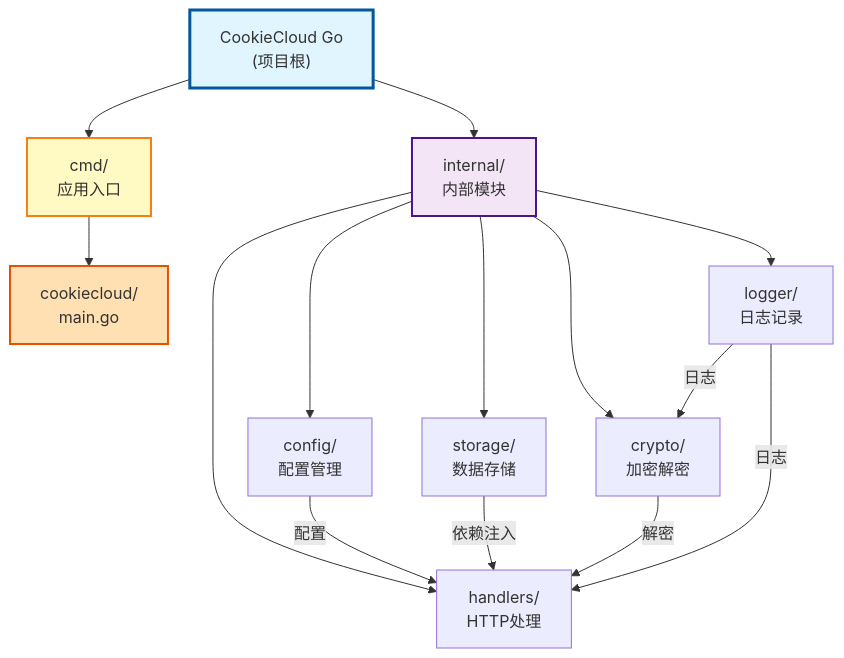
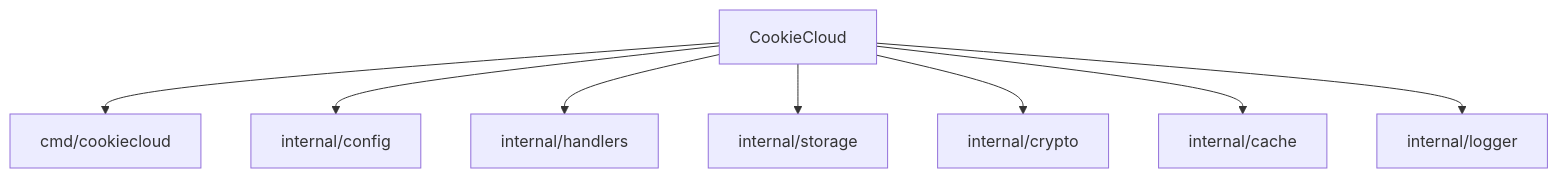
The diagram in CLAUDE.md (782042369/CookieCloud), drawn with Mermaid before and after one commit. The commit also changed other lines of this file and 7 other files, not shown here.

````diff
--- a/CLAUDE.md
+++ b/CLAUDE.md
@@ -48,31 +20,18 @@
 ```mermaid
 graph TD
-    Root["CookieCloud Go<br/>(项目根)"] --> Cmd["cmd/<br/>应用入口"];
-    Root --> Internal["internal/<br/>内部模块"];
+    A["CookieCloud"] --> B["cmd/cookiecloud"];
+    A --> C["internal/config"];
+    A --> D["internal/handlers"];
+    A --> E["internal/storage"];
+    A --> F["internal/crypto"];
+    A --> G["internal/cache"];
+    A --> H["internal/logger"];
 
-    Cmd --> Main["cookiecloud/<br/>main.go"];
-
-    Internal --> Config["config/<br/>配置管理"];
-    Internal --> Handlers["handlers/<br/>HTTP处理"];
-    Internal --> Storage["storage/<br/>数据存储"];
-    Internal --> Crypto["crypto/<br/>加密解密"];
-    Internal --> Logger["logger/<br/>日志记录"];
-
-    Config --> |"配置"| Handlers;
-    Storage --> |"依赖注入"| Handlers;
-    Crypto --> |"解密"| Handlers;
-    Logger --> |"日志"| Handlers;
-    Logger --> |"日志"| Crypto;
-
-    click Main "./cmd/cookiecloud/CLAUDE.md" "查看 main 模块文档"
-    click Config "./internal/config/CLAUDE.md" "查看 config 模块文档"
-    click Handlers "./internal/handlers/CLAUDE.md" "查看 handlers 模块文档"
-    click Storage "./internal/storage/CLAUDE.md" "查看 storage 模块文档"
-    click Crypto "./internal/crypto/CLAUDE.md" "查看 crypto 模块文档"
-    click Logger "./internal/logger/CLAUDE.md" "查看 logger 模块文档"
-
-    style Root fill:#e1f5ff,stroke:#01579b,stroke-width:3px
-    style Cmd fill:#fff9c4,stroke:#f57f17,stroke-width:2px
-    style Internal fill:#f3e5f5,stroke:#4a148c,stroke-width:2px
-    style Main fill:#ffe0b2,stroke:#e65100,stroke-width:2px
+    click B "./cmd/cookiecloud/CLAUDE.md" "应用入口"
+    click C "./internal/config/CLAUDE.md" "配置管理"
+    click D "./internal/handlers/CLAUDE.md" "HTTP 处理器"
+    click E "./internal/storage/CLAUDE.md" "数据持久化"
+    click F "./internal/crypto/CLAUDE.md" "加密解密"
+    click G "./internal/cache/CLAUDE.md" "内存缓存"
+    click H "./internal/logger/CLAUDE.md" "结构化日志"
 ```
````
